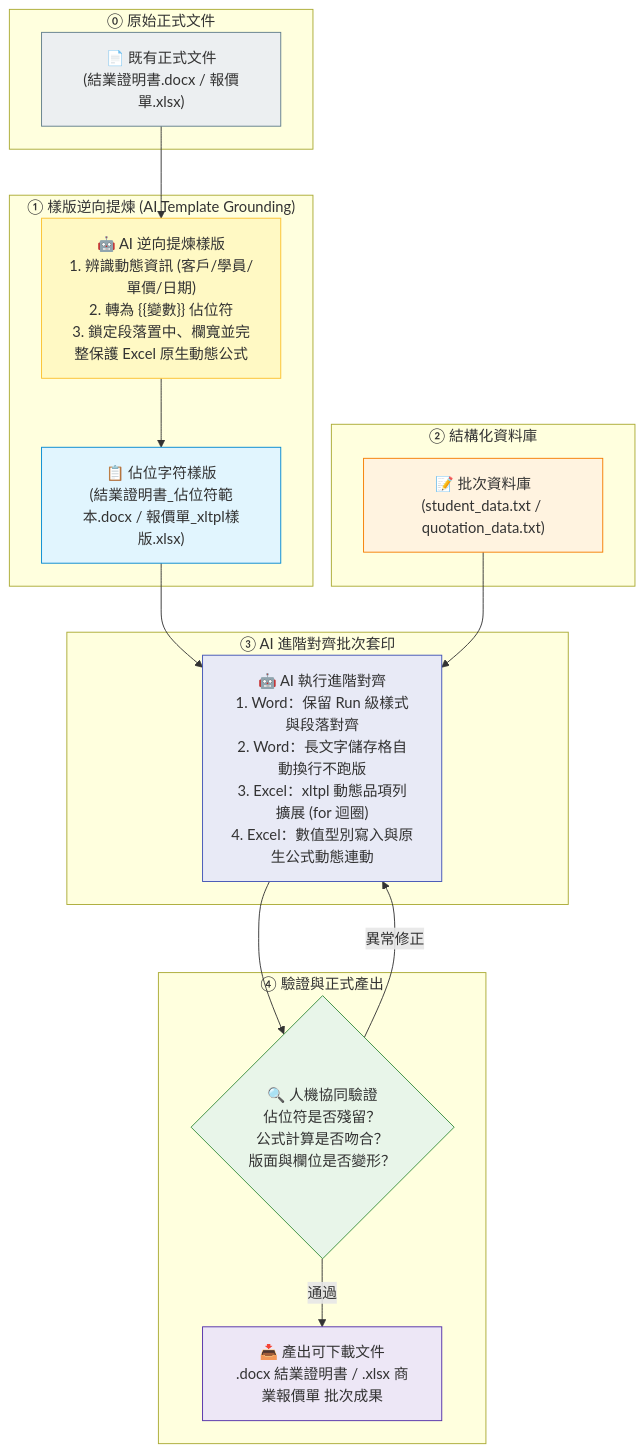
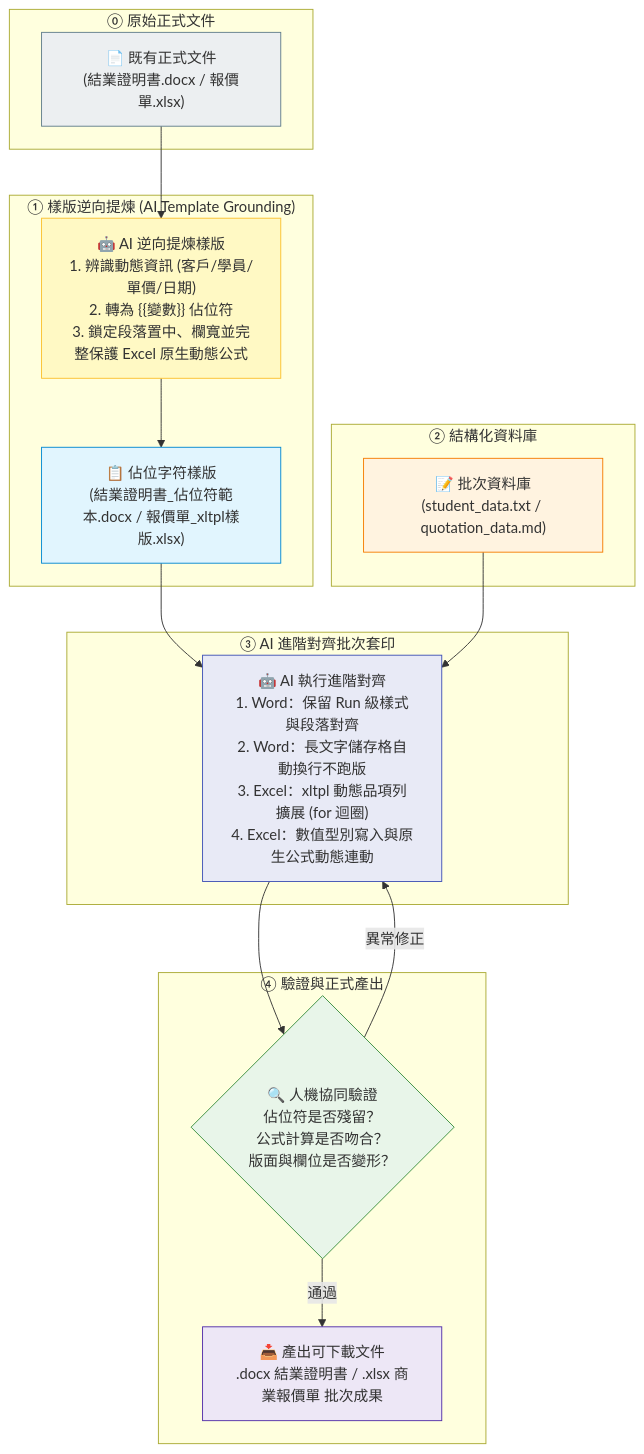
The first of 2 diagrams in 常見的AI應用/office辦公室應用進階的對齊/README.md (roberthsu2003/workflow-productivity), drawn with Mermaid before and after one commit. The commit also changed other lines of this file and 1 other file, not shown here.

````diff
--- a/常見的AI應用/office辦公室應用進階的對齊/README.md
+++ b/常見的AI應用/office辦公室應用進階的對齊/README.md
@@ -16,40 +16,40 @@
 ```mermaid
 flowchart TD
     subgraph 原始素材["⓪ 原始正式文件"]
         R["📄 既有正式文件\n(結業證明書.docx / 報價單.xlsx)"]
     end
 
     subgraph 樣版生成["① 樣版逆向提煉 (AI Template Grounding)"]
         EX["🤖 AI 逆向提煉樣版\n1. 辨識動態資訊 (客戶/學員/單價/日期)\n2. 轉為 {{變數}} 佔位符\n3. 鎖定段落置中、欄寬並完整保護 Excel 原生動態公式"]
         T["📋 佔位字符樣版\n(結業證明書_佔位符範本.docx / 報價單_xltpl樣版.xlsx)"]
     end
 
     subgraph 準備階段["② 結構化資料庫"]
-        D["📝 批次資料庫\n(student_data.txt / quotation_data.txt)"]
+        D["📝 批次資料庫\n(student_data.txt / quotation_data.md)"]
     end
 
     subgraph 對齊核心["③ AI 進階對齊批次套印"]
         P["🤖 AI 執行進階對齊\n1. Word：保留 Run 級樣式與段落對齊\n2. Word：長文字儲存格自動換行不跑版\n3. Excel：xltpl 動態品項列擴展 (for 迴圈)\n4. Excel：數值型別寫入與原生公式動態連動"]
     end
 
     subgraph 交付階段["④ 驗證與正式產出"]
         V{"🔍 人機協同驗證\n佔位符是否殘留？\n公式計算是否吻合？\n版面與欄位是否變形？"}
         O["📥 產出可下載文件\n.docx 結業證明書 / .xlsx 商業報價單 批次成果"]
     end
 
     R --> EX
     EX --> T
     T --> P
     D --> P
     P --> V
     V -- 通過 --> O
     V -- 異常修正 --> P
 
     style R fill:#ECEFF1,stroke:#607D8B
     style EX fill:#FFF9C4,stroke:#FBC02D
     style T fill:#E1F5FE,stroke:#0288D1
     style D fill:#FFF3E0,stroke:#F57C00
     style P fill:#E8EAF6,stroke:#3F51B5
     style V fill:#E8F5E9,stroke:#388E3C
     style O fill:#EDE7F6,stroke:#512DA8
 ```
````
